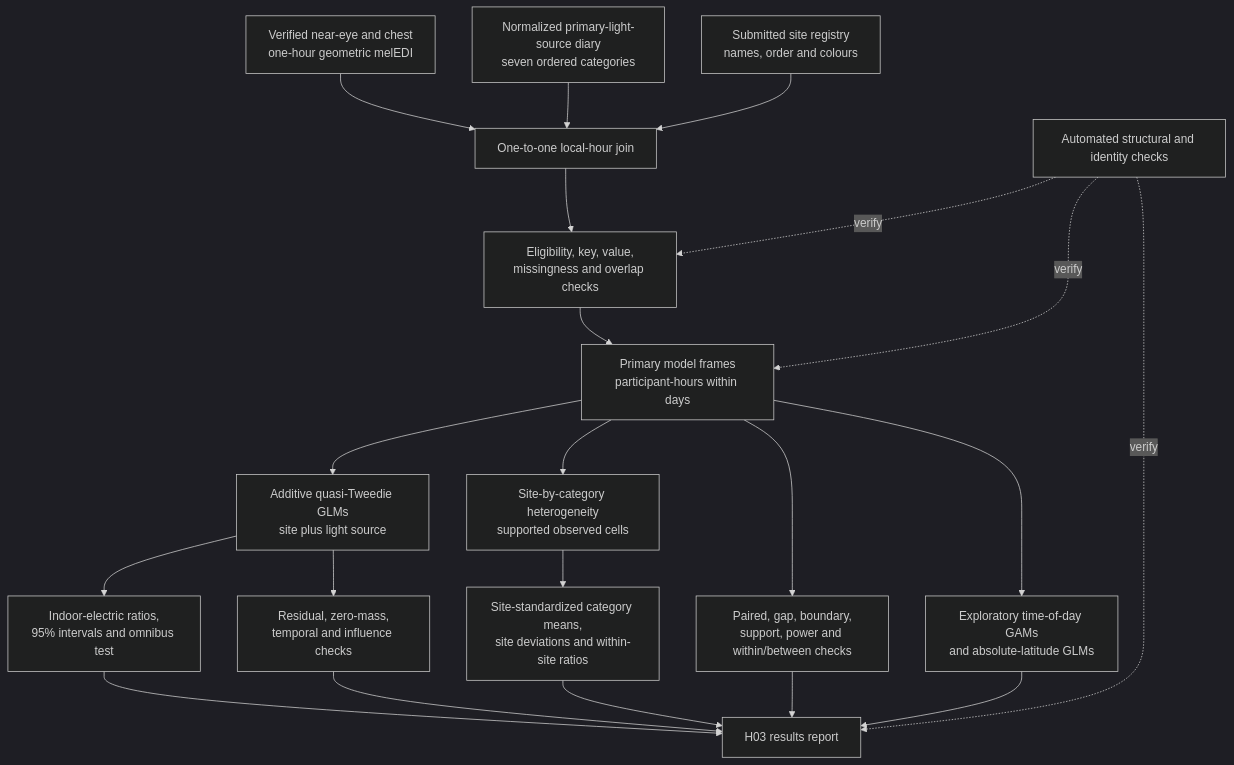
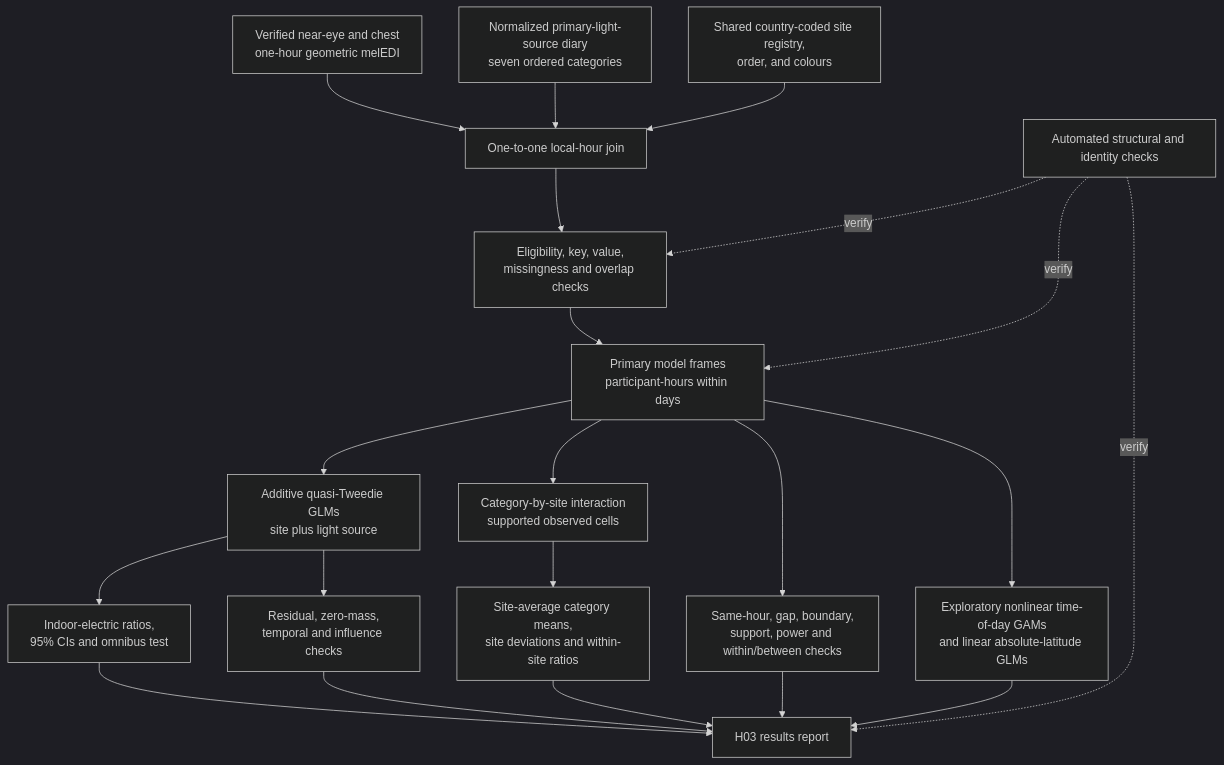
Before and after one commit to tscnlab/ZaunerEtAl_bioRxiv_2026: the diagram in audit/hypotheses/H03/H03_analysis_preparation.qmd, drawn with Mermaid (dark theme). The commit also changed other lines of this file and 21122 other files, not shown here.

````diff
--- a/audit/hypotheses/H03/H03_analysis_preparation.qmd
+++ b/audit/hypotheses/H03/H03_analysis_preparation.qmd
@@ -238,23 +308,23 @@
 ```{mermaid}
 flowchart TD
   A["Verified near-eye and chest<br/>one-hour geometric melEDI"] --> D["One-to-one local-hour join"]
   B["Normalized primary-light-source diary<br/>seven ordered categories"] --> D
-  C["Submitted site registry<br/>names, order and colours"] --> D
+  C["Shared country-coded site registry,<br/>order, and colours"] --> D
   D --> E["Eligibility, key, value,<br/>missingness and overlap checks"]
   E --> F["Primary model frames<br/>participant-hours within days"]
   F --> G["Additive quasi-Tweedie GLMs<br/>site plus light source"]
-  F --> H["Site-by-category heterogeneity<br/>supported observed cells"]
-  G --> I["Indoor-electric ratios,<br/>95% intervals and omnibus test"]
-  H --> J["Site-standardized category means,<br/>site deviations and within-site ratios"]
+  F --> H["Category-by-site interaction<br/>supported observed cells"]
+  G --> I["Indoor-electric ratios,<br/>95% CIs and omnibus test"]
+  H --> J["Site-average category means,<br/>site deviations and within-site ratios"]
   G --> K["Residual, zero-mass,<br/>temporal and influence checks"]
-  F --> L["Paired, gap, boundary,<br/>support, power and within/between checks"]
-  F --> M["Exploratory time-of-day GAMs<br/>and absolute-latitude GLMs"]
+  F --> L["Same-hour, gap, boundary,<br/>support, power and within/between checks"]
+  F --> M["Exploratory nonlinear time-of-day GAMs<br/>and linear absolute-latitude GLMs"]
   I --> N["H03 results report"]
   J --> N
   K --> N
   L --> N
   M --> N
   O["Automated structural and identity checks"] -. verify .-> E
   O -. verify .-> F
   O -. verify .-> N
 ```
````
